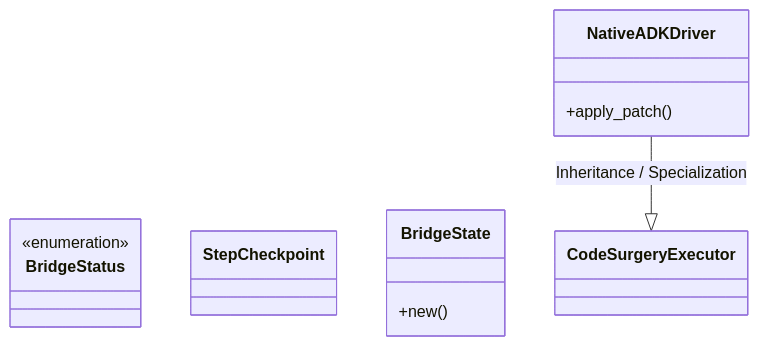
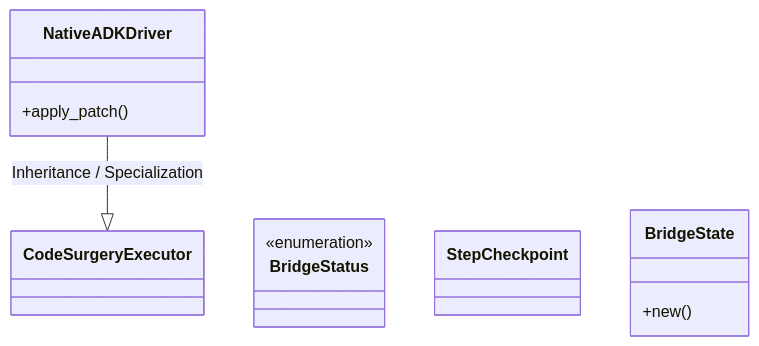
Before and after one commit to lgcorzo/rust_CACD_autonomous_factory: the first of 2 diagrams in openwiki/crates/factory-application/src/bridge/index.md, drawn with Mermaid. The commit also changed other lines of this file and 37 other files, not shown here.

Commit message:
docs: generate ISO compliant OpenWiki architecture documentation

````diff
--- a/openwiki/crates/factory-application/src/bridge/index.md
+++ b/openwiki/crates/factory-application/src/bridge/index.md
@@ -20,17 +20,17 @@
 ```mermaid
 classDiagram
     direction BT
+    class NativeADKDriver {
+        +apply_patch()
+    }
+    CodeSurgeryExecutor <|-- NativeADKDriver : Inheritance / Specialization
     class BridgeStatus {
         <<enumeration>>
     }
     class StepCheckpoint {
     }
     class BridgeState {
         +new()
     }
-    class NativeADKDriver {
-        +apply_patch()
-    }
-    CodeSurgeryExecutor <|-- NativeADKDriver : Inheritance / Specialization
 
 ```
````
